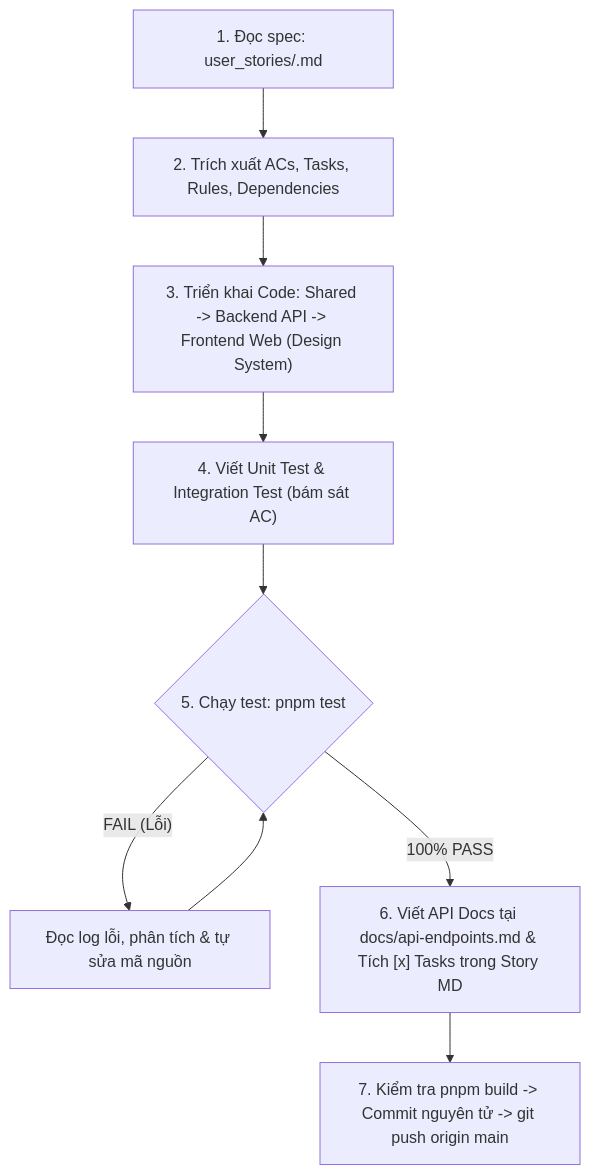
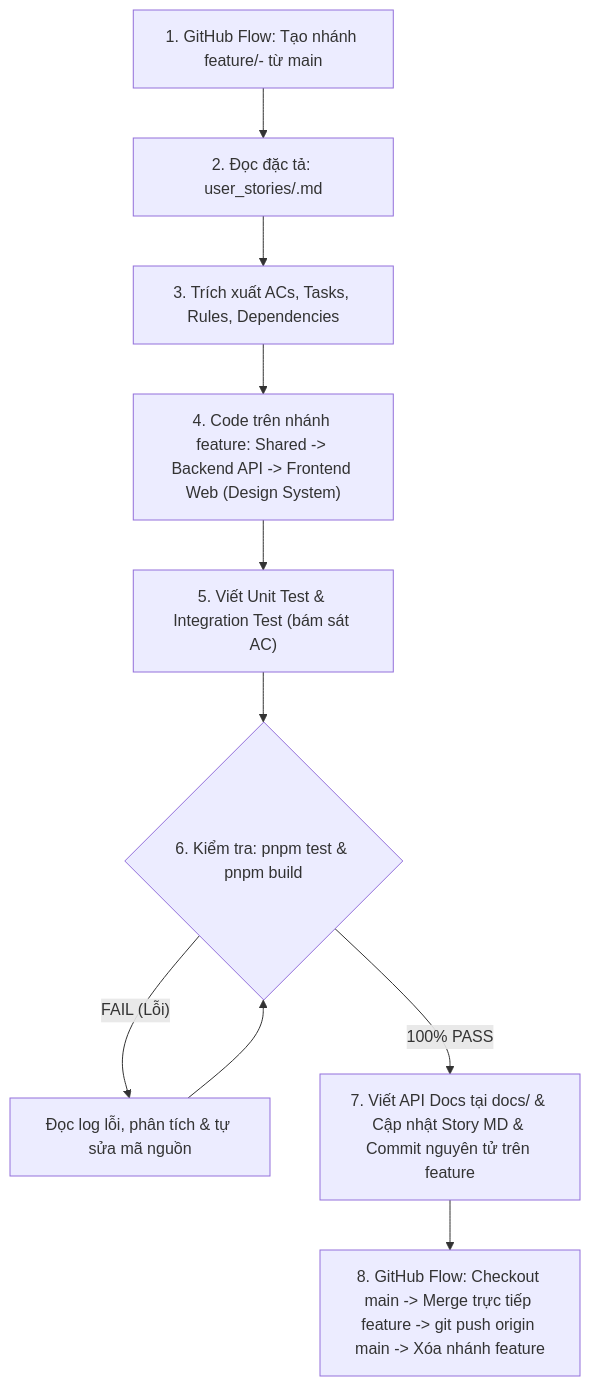
One commit to hienvanla5/dia_chinh_so changed the diagram in AGENTS.md. Above: the diagram before and after it, drawn with Mermaid. The commit also changed other lines of this file and 2 other files, not shown here.

Commit message:
docs(workflow): integrate simple github flow into agents and skills

````diff
--- a/AGENTS.md
+++ b/AGENTS.md
@@ -51,11 +51,12 @@
 ```mermaid
 flowchart TD
-    S1["1. Đọc spec: user_stories/<STORY_ID>.md"] --> S2["2. Trích xuất ACs, Tasks, Rules, Dependencies"]
-    S2 --> S3["3. Triển khai Code: Shared -> Backend API -> Frontend Web (Design System)"]
-    S3 --> S4["4. Viết Unit Test & Integration Test (bám sát AC)"]
-    S4 --> S5{"5. Chạy test: pnpm test"}
+    S0["1. GitHub Flow: Tạo nhánh feature/<story-id>-<ten-tinh-nang> từ main"] --> S1["2. Đọc đặc tả: user_stories/<STORY_ID>.md"]
+    S1 --> S2["3. Trích xuất ACs, Tasks, Rules, Dependencies"]
+    S2 --> S3["4. Code trên nhánh feature: Shared -> Backend API -> Frontend Web (Design System)"]
+    S3 --> S4["5. Viết Unit Test & Integration Test (bám sát AC)"]
+    S4 --> S5{"6. Kiểm tra: pnpm test & pnpm build"}
     S5 -- "FAIL (Lỗi)" --> S5_Fix["Đọc log lỗi, phân tích & tự sửa mã nguồn"]
     S5_Fix --> S5
-    S5 -- "100% PASS" --> S6["6. Viết API Docs tại docs/api-endpoints.md & Tích [x] Tasks trong Story MD"]
-    S6 --> S7["7. Kiểm tra pnpm build -> Commit nguyên tử -> git push origin main"]
+    S5 -- "100% PASS" --> S6["7. Viết API Docs tại docs/ & Cập nhật Story MD & Commit nguyên tử trên feature"]
+    S6 --> S7["8. GitHub Flow: Checkout main -> Merge trực tiếp feature -> git push origin main -> Xóa nhánh feature"]
 ```
````
